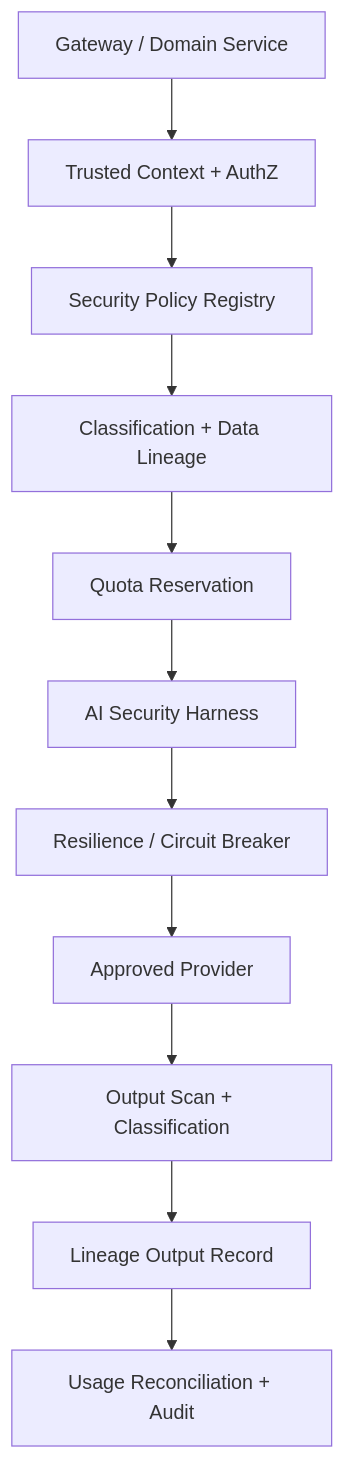
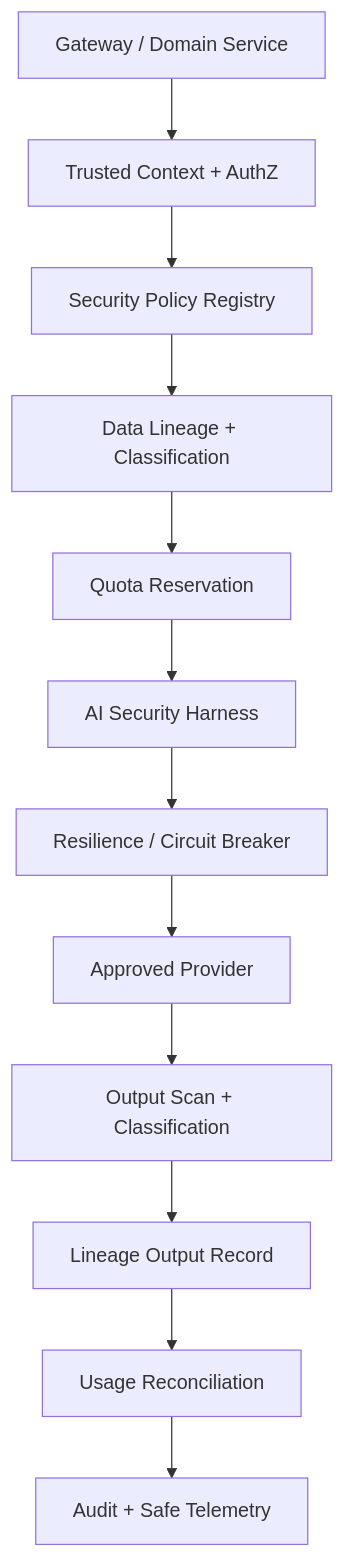
One commit to datanh98hp/Core_Platform_Technical_Specification changed the diagram in docs/architecture/V2.2_Architecture_Diagrams.md. Above: the diagram before and after it, drawn with Mermaid. The commit also changed other lines of this file and 31 other files, not shown here.

````diff
--- a/docs/architecture/V2.2_Architecture_Diagrams.md
+++ b/docs/architecture/V2.2_Architecture_Diagrams.md
@@ -6,13 +6,14 @@
 ```mermaid
 flowchart TB
- A[Gateway / Domain Service] --> B[Trusted Context + AuthZ]
- B --> C[Security Policy Registry]
- C --> D[Classification + Data Lineage]
- D --> E[Quota Reservation]
- E --> F[AI Security Harness]
- F --> G[Resilience / Circuit Breaker]
- G --> H[Approved Provider]
- H --> I[Output Scan + Classification]
- I --> J[Lineage Output Record]
- J --> K[Usage Reconciliation + Audit]
+  API[Gateway / Domain Service] --> AUTH[Trusted Context + AuthZ]
+  AUTH --> POLICY[Security Policy Registry]
+  POLICY --> LIN[Data Lineage + Classification]
+  LIN --> Q[Quota Reservation]
+  Q --> HARNESS[AI Security Harness]
+  HARNESS --> ROUTE[Resilience / Circuit Breaker]
+  ROUTE --> PROVIDER[Approved Provider]
+  PROVIDER --> SCAN[Output Scan + Classification]
+  SCAN --> LINEOUT[Lineage Output Record]
+  LINEOUT --> RECON[Usage Reconciliation]
+  RECON --> AUDIT[Audit + Safe Telemetry]
 ```
````
